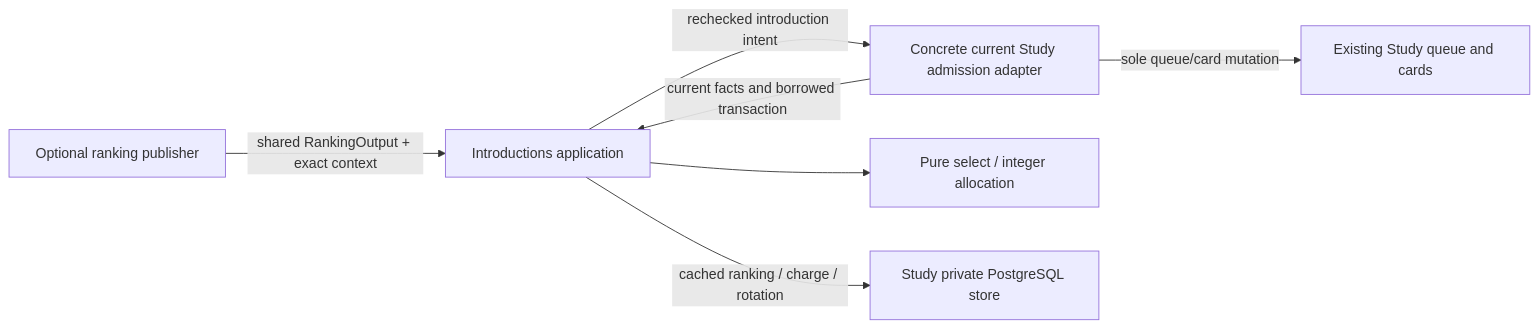
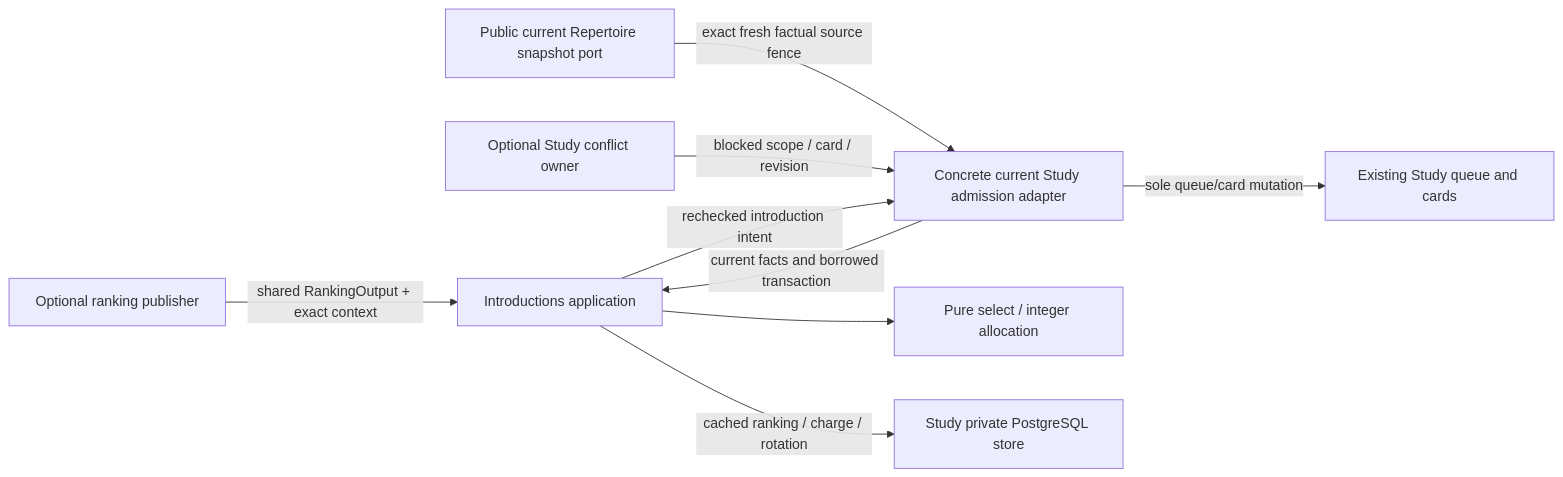
One commit to aaweaver-actuary/tempo changed the first of 2 diagrams in backend/app/study/introductions/README.md. Above: the diagram before and after it, drawn with Mermaid. The commit also changed other lines of this file and 5 other files, not shown here.

Commit message:
feat(study): accept current repertoire fences and prioritize encounters

````diff
--- a/backend/app/study/introductions/README.md
+++ b/backend/app/study/introductions/README.md
@@ -143,9 +143,11 @@
 ```mermaid
 flowchart LR
     Publisher[Optional ranking publisher] -->|shared RankingOutput + exact context| App[Introductions application]
     Current[Concrete current Study admission adapter] -->|current facts and borrowed transaction| App
+    Read[Public current Repertoire snapshot port] -->|exact fresh factual source fence| Current
+    Holds[Optional Study conflict owner] -->|blocked scope / card / revision| Current
     App --> Policy[Pure select / integer allocation]
     App -->|cached ranking / charge / rotation| Store[Study private PostgreSQL store]
     App -->|rechecked introduction intent| Current
     Current -->|sole queue/card mutation| Queue[Existing Study queue and cards]
 ```
````
